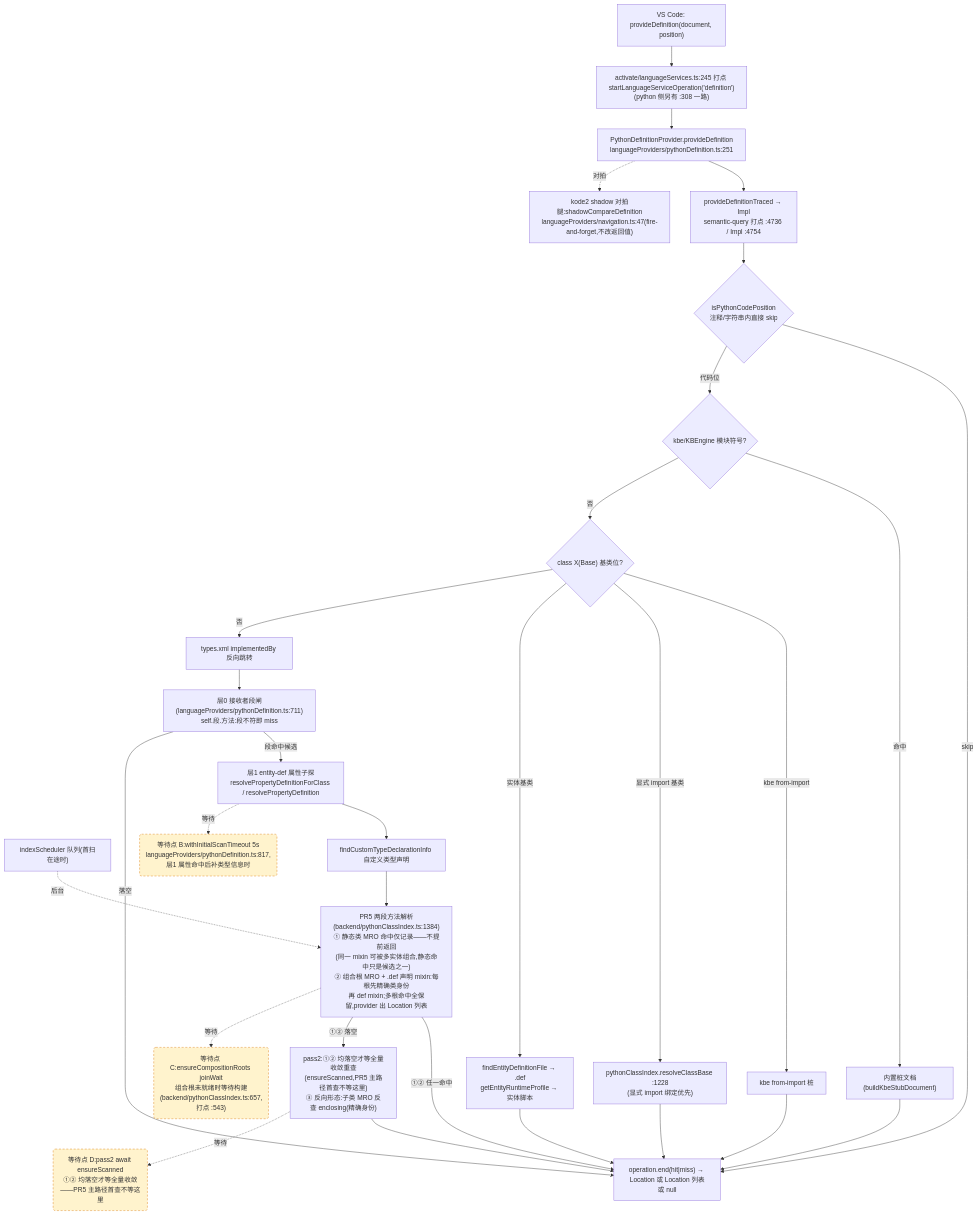
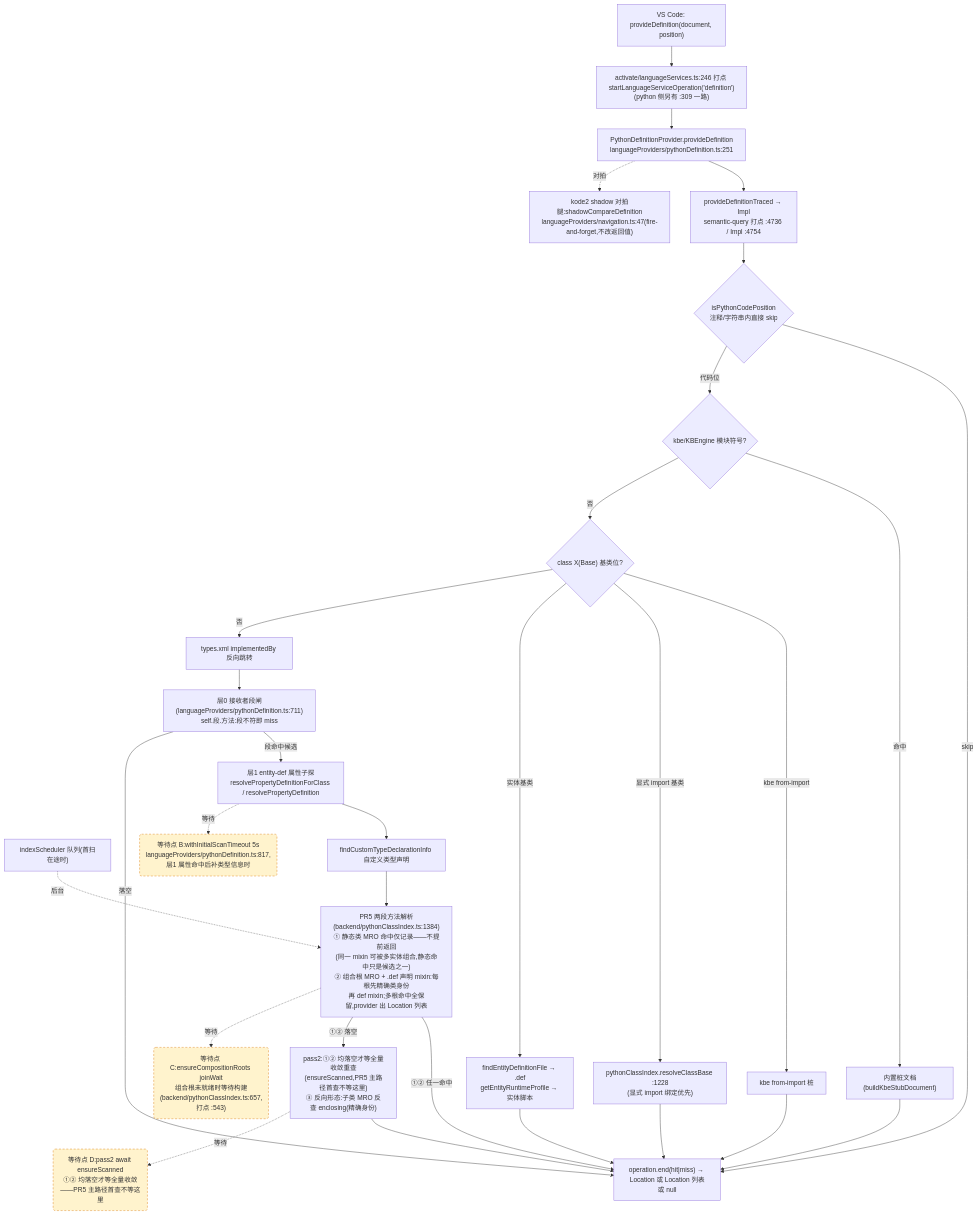
Before and after one commit to cuihairu/kode: the second of 4 diagrams in docs/perf/2026-baseline.md, drawn with Mermaid. The commit also changed other lines of this file and 18 other files, not shown here.

````diff
--- a/docs/perf/2026-baseline.md
+++ b/docs/perf/2026-baseline.md
@@ -130,51 +130,51 @@
 ```mermaid
 flowchart TD
   VC2["VS Code: provideDefinition(document, position)"]
-  M2["activate/languageServices.ts:245 打点 startLanguageServiceOperation('definition')<br/>(python 侧另有 :308 一路)"]
+  M2["activate/languageServices.ts:246 打点 startLanguageServiceOperation('definition')<br/>(python 侧另有 :309 一路)"]
   AD2["PythonDefinitionProvider.provideDefinition<br/>languageProviders/pythonDefinition.ts:251"]
   TR["provideDefinitionTraced → Impl<br/>semantic-query 打点 :4736 / Impl :4754"]
   CTX{"isPythonCodePosition<br/>注释/字符串内直接 skip"}
   KBE{"kbe/KBEngine 模块符号?"}
   STUB["内置桩文档(buildKbeStubDocument)"]
   CB{"class X(Base) 基类位?"}
   CB1["kbe from-import 桩"]
   CB2["pythonClassIndex.resolveClassBase :1228<br/>(显式 import 绑定优先)"]
   CB3["findEntityDefinitionFile → .def<br/>getEntityRuntimeProfile → 实体脚本"]
   REV["types.xml implementedBy 反向跳转"]
   L0["层0 接收者段闸(languageProviders/pythonDefinition.ts:711)<br/>self.段.方法:段不符即 miss"]
   L1["层1 entity-def 属性子探<br/>resolvePropertyDefinitionForClass / resolvePropertyDefinition"]
   SCAN["indexScheduler 队列(首扫在途时)"]
   TY["findCustomTypeDeclarationInfo 自定义类型声明"]
   MRO["PR5 两段方法解析(backend/pythonClassIndex.ts:1384)<br/>① 静态类 MRO 命中仅记录——不提前返回<br/>(同一 mixin 可被多实体组合,静态命中只是候选之一)<br/>② 组合根 MRO + .def 声明 mixin:每根先精确类身份<br/>再 def mixin;多根命中全保留,provider 出 Location 列表"]
   PASS2["pass2:①② 均落空才等全量收敛重查<br/>(ensureScanned,PR5 主路径首查不等这里)<br/>③ 反向形态:子类 MRO 反查 enclosing(精确身份)"]
   SHD["kode2 shadow 对拍腿:shadowCompareDefinition<br/>languageProviders/navigation.ts:47(fire-and-forget,不改返回值)"]
   END2["operation.end(hit|miss) → Location 或 Location 列表或 null"]
 
   VC2 --> M2 --> AD2 --> TR --> CTX
   CTX -- "skip" --> END2
   CTX -- "代码位" --> KBE
   KBE -- "命中" --> STUB --> END2
   KBE -- "否" --> CB
   CB -- "kbe from-import" --> CB1 --> END2
   CB -- "显式 import 基类" --> CB2 --> END2
   CB -- "实体基类" --> CB3 --> END2
   CB -- "否" --> REV --> L0
   L0 -- "段命中候选" --> L1
   L0 -- "落空" --> END2
   L1 --> TY
   TY --> MRO
   MRO -- "①② 任一命中" --> END2
   MRO -- "①② 落空" --> PASS2 --> END2
   AD2 -.->|对拍| SHD
 
   WAITB("等待点 B:withInitialScanTimeout 5s<br/>languageProviders/pythonDefinition.ts:817,层1 属性命中后补类型信息时")
   WAITC("等待点 C:ensureCompositionRoots joinWait<br/>组合根未就绪时等待构建(backend/pythonClassIndex.ts:657,打点 :543)")
   WAITD("等待点 D:pass2 await ensureScanned<br/>①② 均落空才等全量收敛——PR5 主路径首查不等这里")
   L1 -.->|等待| WAITB
   MRO -.->|等待| WAITC
   PASS2 -.->|等待| WAITD
   SCAN -.->|后台| MRO
 
   classDef waitPoint fill:#fff3cd,stroke:#d97706,stroke-dasharray:5 4;
   class WAITB,WAITC,WAITD waitPoint;
 ```
````
